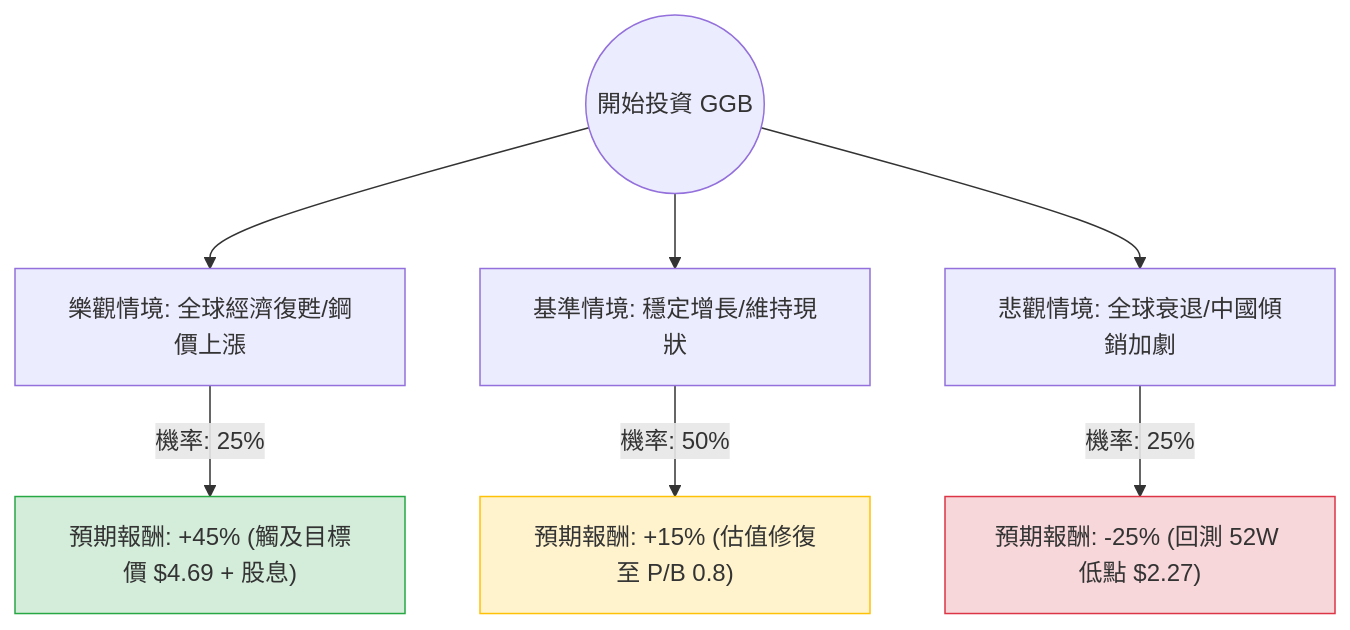
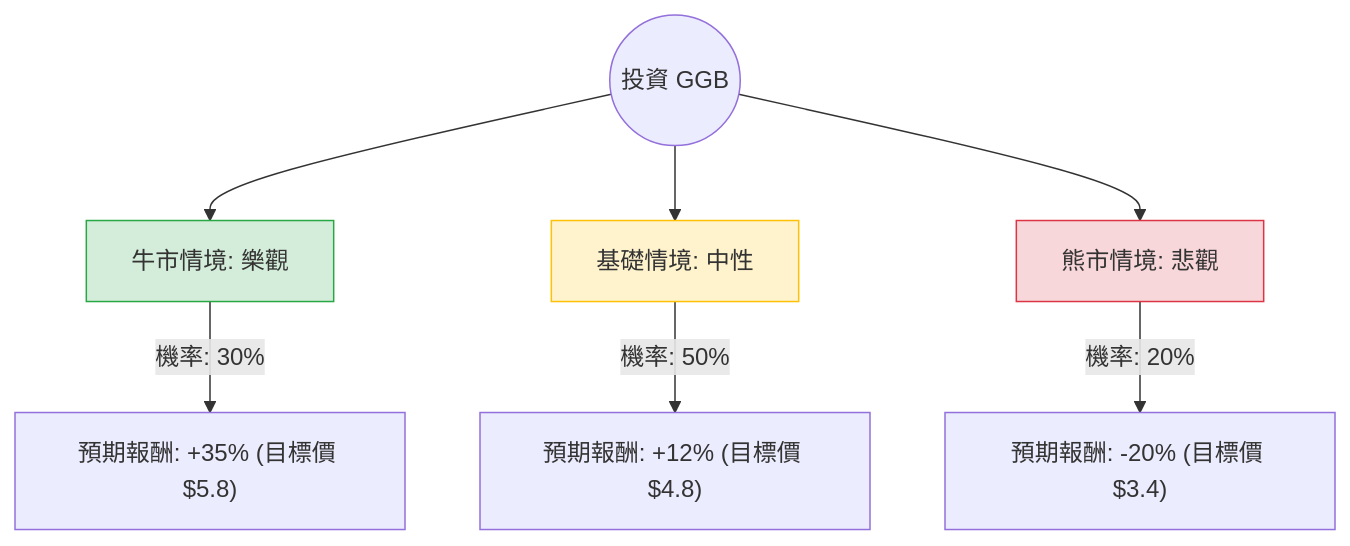
One commit to zmcx16/zmcx16.github.io changed the diagram in plugin-react/ai-analysis/ev-analysis/GGB.md. Above: the diagram before and after it, drawn with Mermaid. The commit also changed other lines of this file and 63 other files, not shown here.

````diff
--- a/plugin-react/ai-analysis/ev-analysis/GGB.md
+++ b/plugin-react/ai-analysis/ev-analysis/GGB.md
@@ -22,14 +22,14 @@
 ```mermaid
 graph TD
-    Start((開始投資 GGB)) --> Bull[樂觀情境: 全球經濟復甦/鋼價上漲]
-    Start --> Base[基準情境: 穩定增長/維持現狀]
-    Start --> Bear[悲觀情境: 全球衰退/中國傾銷加劇]
+    Start((投資 GGB)) --> Bull[牛市情境: 樂觀]
+    Start --> Base[基礎情境: 中性]
+    Start --> Bear[熊市情境: 悲觀]
 
-    Bull -- "機率: 25%" --> BullResult["預期報酬: +45% (觸及目標價 $4.69 + 股息)"]
-    Base -- "機率: 50%" --> BaseResult["預期報酬: +15% (估值修復至 P/B 0.8)"]
-    Bear -- "機率: 25%" --> BearResult["預期報酬: -25% (回測 52W 低點 $2.27)"]
+    Bull -- "機率: 30%" --> BullResult["預期報酬: +35% (目標價 $5.8)"]
+    Base -- "機率: 50%" --> BaseResult["預期報酬: +12% (目標價 $4.8)"]
+    Bear -- "機率: 20%" --> BearResult["預期報酬: -20% (目標價 $3.4)"]
 
-    style BullResult fill:#d4edda,stroke:#28a745
-    style BaseResult fill:#fff3cd,stroke:#ffc107
-    style BearResult fill:#f8d7da,stroke:#dc3545
+    style Bull fill:#d4edda,stroke:#28a745
+    style Base fill:#fff3cd,stroke:#ffc107
+    style Bear fill:#f8d7da,stroke:#dc3545
 ```
````
